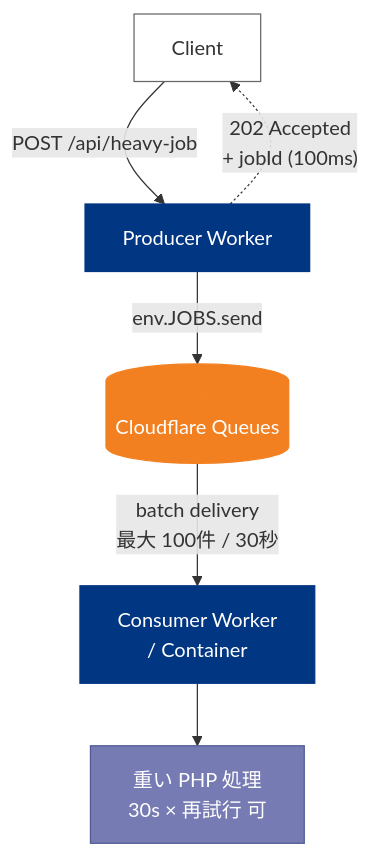
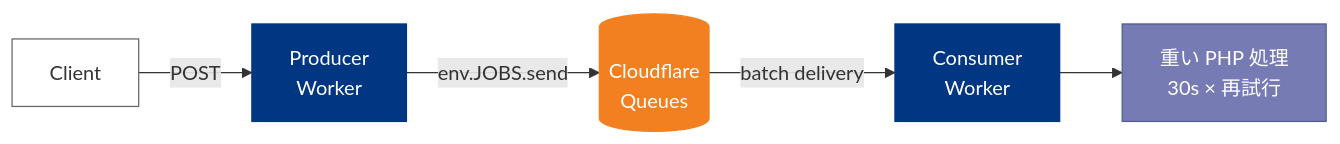
One commit to SuguruOoki/cloudflare-php-demo changed the diagram in slides/diagrams/queue-pattern.mmd. Above: the diagram before and after it, drawn with Mermaid. The commit also changed 10 other files, not shown here.

First line of the commit message:
fix(slides): diagrams overflow - switch all to horizontal LR and size by height

```diff
--- a/slides/diagrams/queue-pattern.mmd
+++ b/slides/diagrams/queue-pattern.mmd
@@ -1,15 +1,14 @@
-flowchart TD
-    C[Client] -->|POST /api/heavy-job| PW[Producer Worker]
-    PW -->|env.JOBS.send| CFQ[(Cloudflare Queues)]
-    PW -.->|"202 Accepted<br/>+ jobId (100ms)"| C
-    CFQ -->|"batch delivery<br/>最大 100件 / 30秒"| CW[Consumer Worker<br/>/ Container]
-    CW --> PHP[重い PHP 処理<br/>30s × 再試行 可]
+flowchart LR
+    C[Client] -->|POST| PW[Producer<br/>Worker]
+    PW -->|env.JOBS.send| CFQ[(Cloudflare<br/>Queues)]
+    CFQ -->|batch delivery| CW[Consumer<br/>Worker]
+    CW --> PHP[重い PHP 処理<br/>30s × 再試行]
 
     classDef client fill:#fff,stroke:#666
     classDef edge fill:#003682,stroke:#003682,color:#fff
     classDef q fill:#F38020,stroke:#F38020,color:#fff
     classDef php fill:#777bb3,stroke:#4f5b93,color:#fff
     class C client
     class PW,CW edge
     class CFQ q
     class PHP php
```
